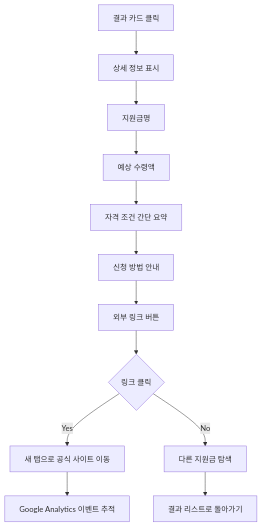
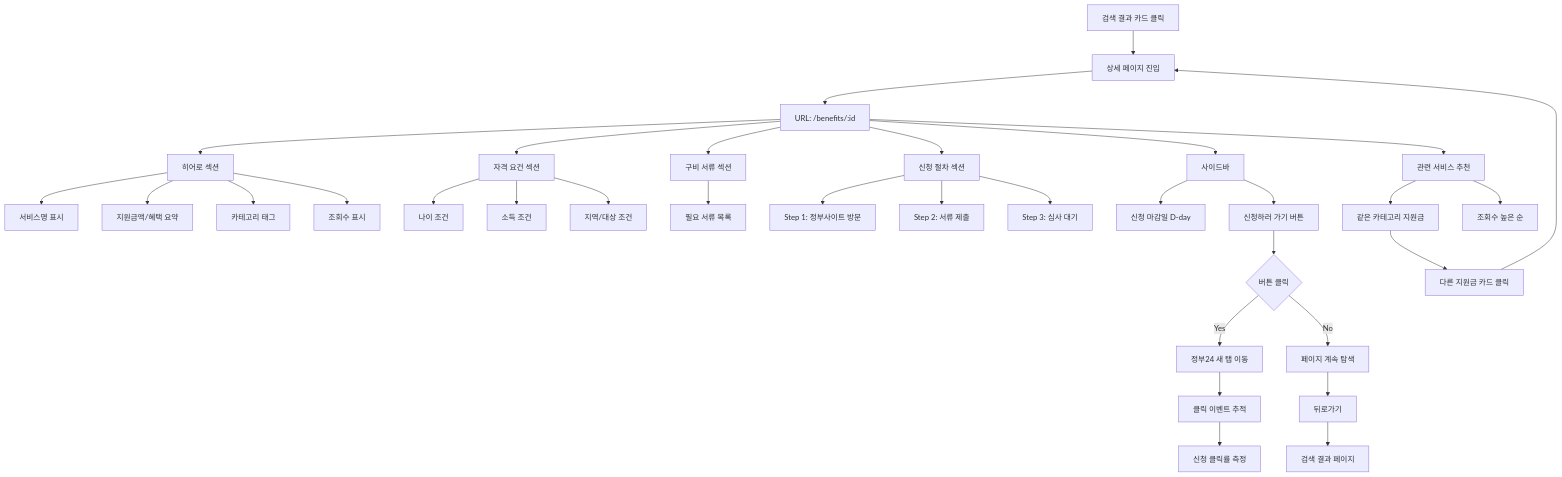
One commit to sseok-lee/alimi changed the fourth of 6 diagrams in docs/planning/03-user-flow.md. Above: the diagram before and after it, drawn with Mermaid. The commit also changed other lines of this file and 7 other files, not shown here.

````diff
--- a/docs/planning/03-user-flow.md
+++ b/docs/planning/03-user-flow.md
@@ -95,16 +97,48 @@
 ```mermaid
 graph TD
-    A[결과 카드 클릭] --> B[상세 정보 표시]
-    B --> C[지원금명]
-    C --> D[예상 수령액]
-    D --> E[자격 조건 간단 요약]
-    E --> F[신청 방법 안내]
-    F --> G[외부 링크 버튼]
+    A[검색 결과 카드 클릭] --> B[상세 페이지 진입]
+    B --> C[URL: /benefits/:id]
 
-    G --> H{링크 클릭}
-    H -->|Yes| I[새 탭으로 공식 사이트 이동]
-    H -->|No| J[다른 지원금 탐색]
+    %% 페이지 구성 요소
+    C --> D[히어로 섹션]
+    D --> D1[서비스명 표시]
+    D --> D2[지원금액/혜택 요약]
+    D --> D3[카테고리 태그]
+    D --> D4[조회수 표시]
 
-    I --> K[Google Analytics 이벤트 추적]
-    J --> L[결과 리스트로 돌아가기]
+    C --> E[자격 요건 섹션]
+    E --> E1[나이 조건]
+    E --> E2[소득 조건]
+    E --> E3[지역/대상 조건]
+
+    C --> F[구비 서류 섹션]
+    F --> F1[필요 서류 목록]
+
+    C --> G[신청 절차 섹션]
+    G --> G1[Step 1: 정부사이트 방문]
+    G --> G2[Step 2: 서류 제출]
+    G --> G3[Step 3: 심사 대기]
+
+    C --> H[사이드바]
+    H --> H1[신청 마감일 D-day]
+    H --> H2[신청하러 가기 버튼]
+
+    C --> I[관련 서비스 추천]
+    I --> I1[같은 카테고리 지원금]
+    I --> I2[조회수 높은 순]
+
+    %% 사용자 액션
+    H2 --> J{버튼 클릭}
+    J -->|Yes| K[정부24 새 탭 이동]
+    J -->|No| L[페이지 계속 탐색]
+
+    I1 --> M[다른 지원금 카드 클릭]
+    M --> B
+
+    K --> N[클릭 이벤트 추적]
+    N --> O[신청 클릭률 측정]
+
+    %% 뒤로가기
+    L --> P[뒤로가기]
+    P --> Q[검색 결과 페이지]
 ```
````
